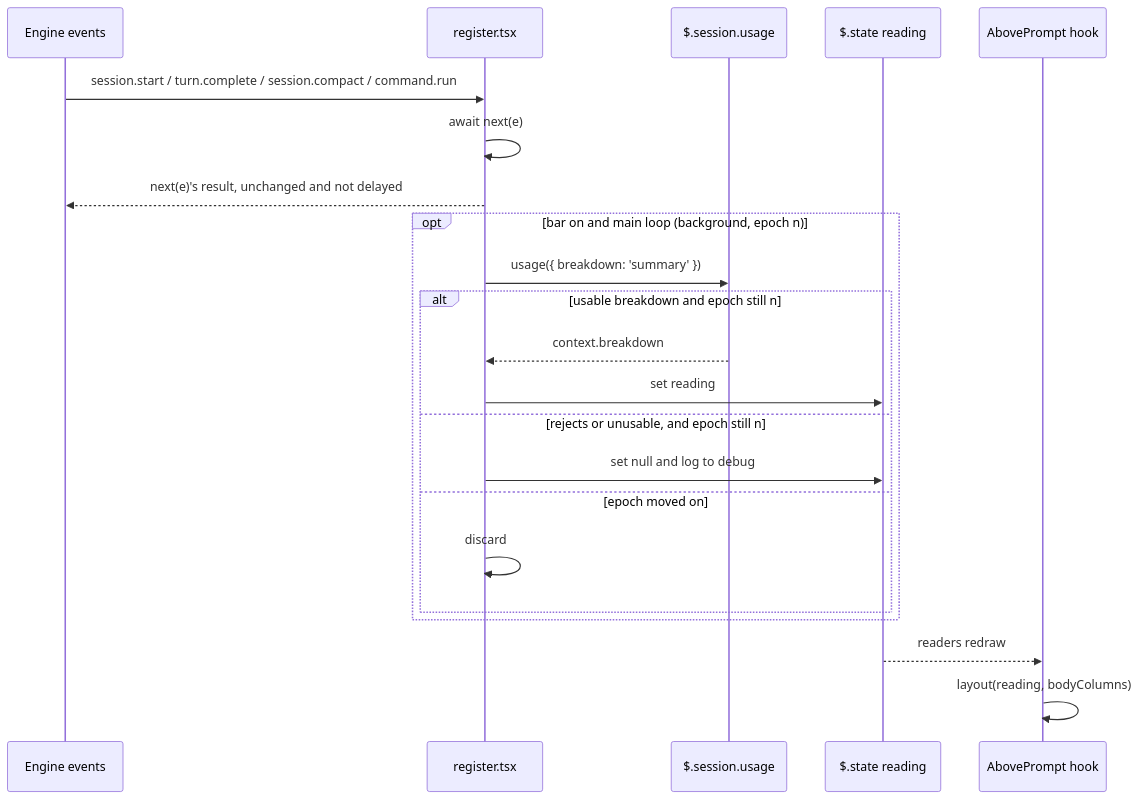
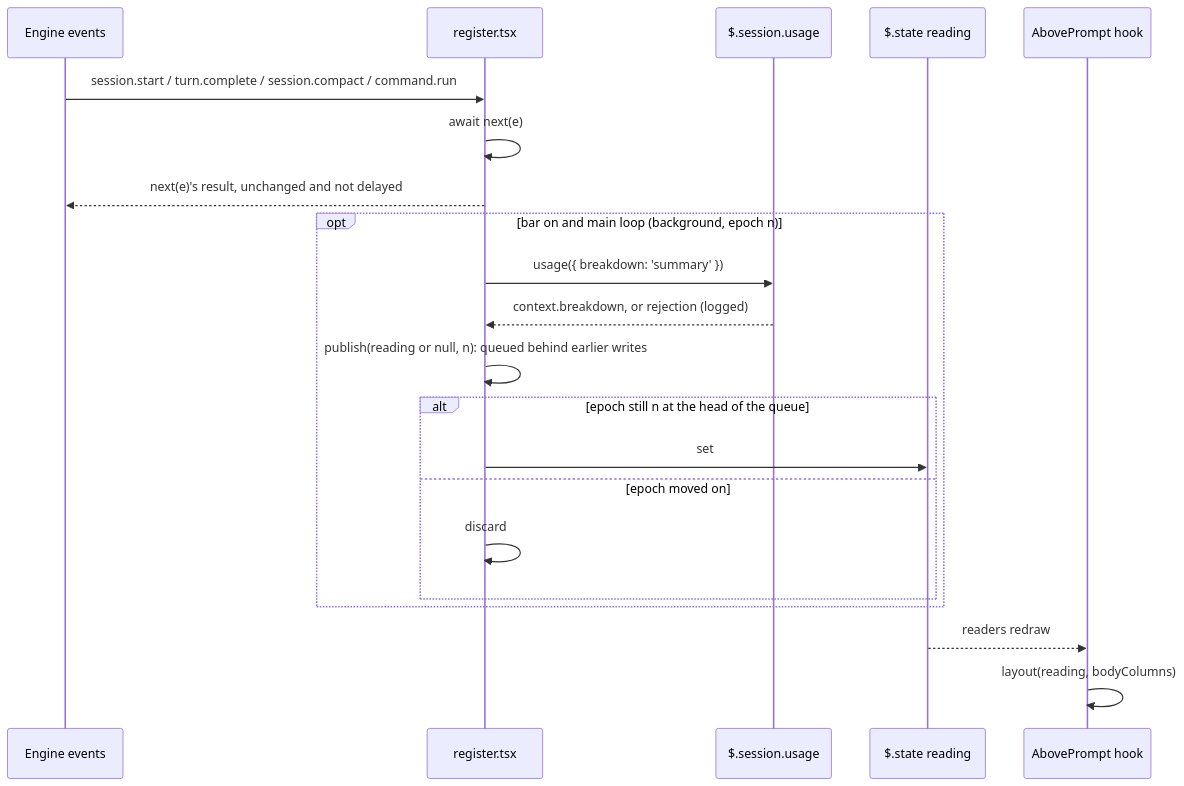
One commit to benkim0414/dotfiles changed the diagram in claude/.claude/mods/context-bar/intent/show-context-breakdown/spec.md. Above: the diagram before and after it, drawn with Mermaid. The commit also changed other lines of this file, not shown here.

First line of the commit message:
docs(context-bar): serialize writes to the reading

````diff
--- a/claude/.claude/mods/context-bar/intent/show-context-breakdown/spec.md
+++ b/claude/.claude/mods/context-bar/intent/show-context-breakdown/spec.md
@@ -190,24 +199,23 @@
 ```mermaid
 sequenceDiagram
     participant E as Engine events
     participant H as register.tsx
     participant U as $.session.usage
     participant S as $.state reading
     participant B as AbovePrompt hook
     E->>H: session.start / turn.complete / session.compact / command.run
     H->>H: await next(e)
     H-->>E: next(e)'s result, unchanged and not delayed
     opt bar on and main loop (background, epoch n)
         H->>U: usage({ breakdown: 'summary' })
-        alt usable breakdown and epoch still n
-            U-->>H: context.breakdown
-            H->>S: set reading
-        else rejects or unusable, and epoch still n
-            H->>S: set null and log to debug
+        U-->>H: context.breakdown, or rejection (logged)
+        H->>H: publish(reading or null, n): queued behind earlier writes
+        alt epoch still n at the head of the queue
+            H->>S: set
         else epoch moved on
             H->>H: discard
         end
     end
     S-->>B: readers redraw
     B->>B: layout(reading, bodyColumns)
 ```
````
